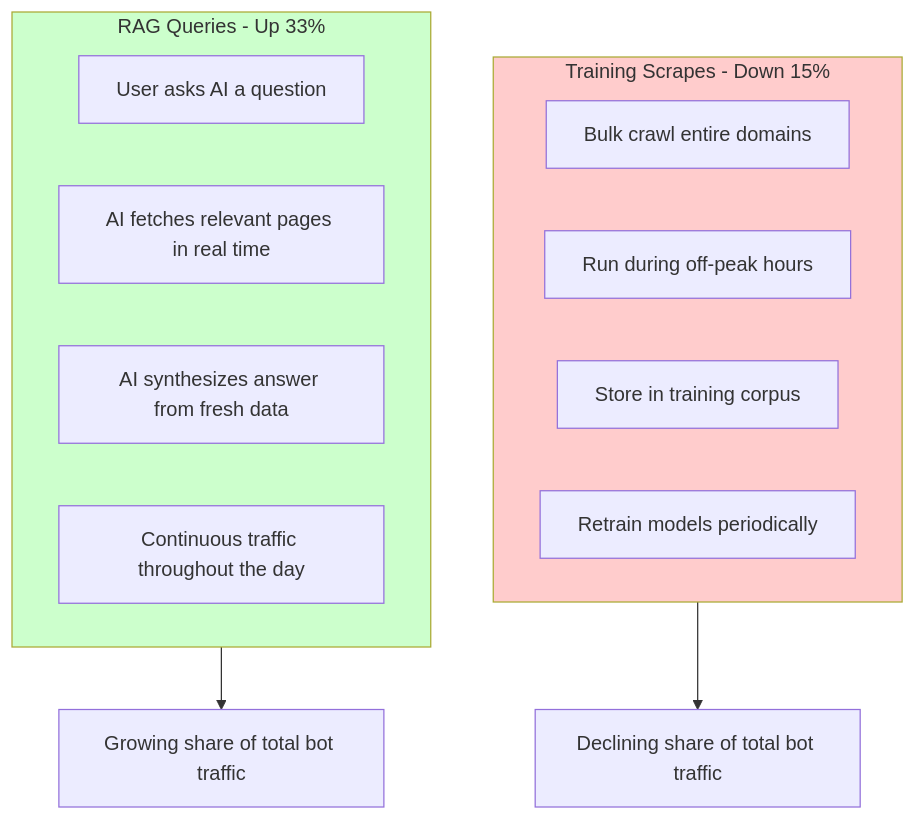
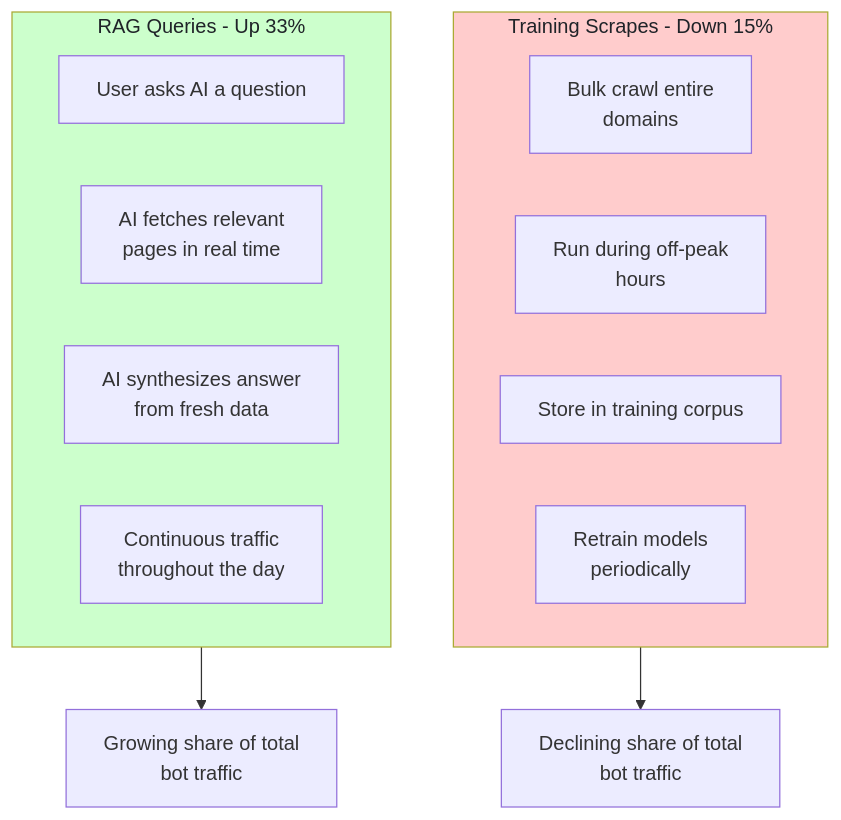
The second of 3 diagrams in _posts/2026-02-25-the-ai-bot-traffic-explosion-what-1-bot-per-31-humans-means-for-the-web.md (bytetunnels/bytetunnels.github.com), drawn with Mermaid before and after one commit. The commit also changed other lines of this file and 118 other files, not shown here.

Commit message:
feat: improve diagram styling and compact wide flowcharts

````diff
--- a/_posts/2026-02-25-the-ai-bot-traffic-explosion-what-1-bot-per-31-humans-means-for-the-web.md
+++ b/_posts/2026-02-25-the-ai-bot-traffic-explosion-what-1-bot-per-31-humans-means-for-the-web.md
@@ -37,22 +37,22 @@
 ```mermaid
 flowchart TD
     subgraph TR["Training Scrapes - Down 15%"]
-        A1["Bulk crawl entire domains"]
-        A2["Run during off-peak hours"]
+        A1["Bulk crawl entire<br/>domains"]
+        A2["Run during off-peak<br/>hours"]
         A3["Store in training corpus"]
-        A4["Retrain models periodically"]
+        A4["Retrain models<br/>periodically"]
     end
 
     subgraph RAG["RAG Queries - Up 33%"]
         B1["User asks AI a question"]
-        B2["AI fetches relevant pages in real time"]
-        B3["AI synthesizes answer from fresh data"]
-        B4["Continuous traffic throughout the day"]
+        B2["AI fetches relevant<br/>pages in real time"]
+        B3["AI synthesizes answer<br/>from fresh data"]
+        B4["Continuous traffic<br/>throughout the day"]
     end
 
-    TR --> C["Declining share of total bot traffic"]
-    RAG --> D["Growing share of total bot traffic"]
+    TR --> C["Declining share of total<br/>bot traffic"]
+    RAG --> D["Growing share of total<br/>bot traffic"]
 
-    style TR fill:#ffcccc
-    style RAG fill:#ccffcc
+    style TR fill:#ffcccc,color:#1f2328
+    style RAG fill:#ccffcc,color:#1f2328
 ```
````
